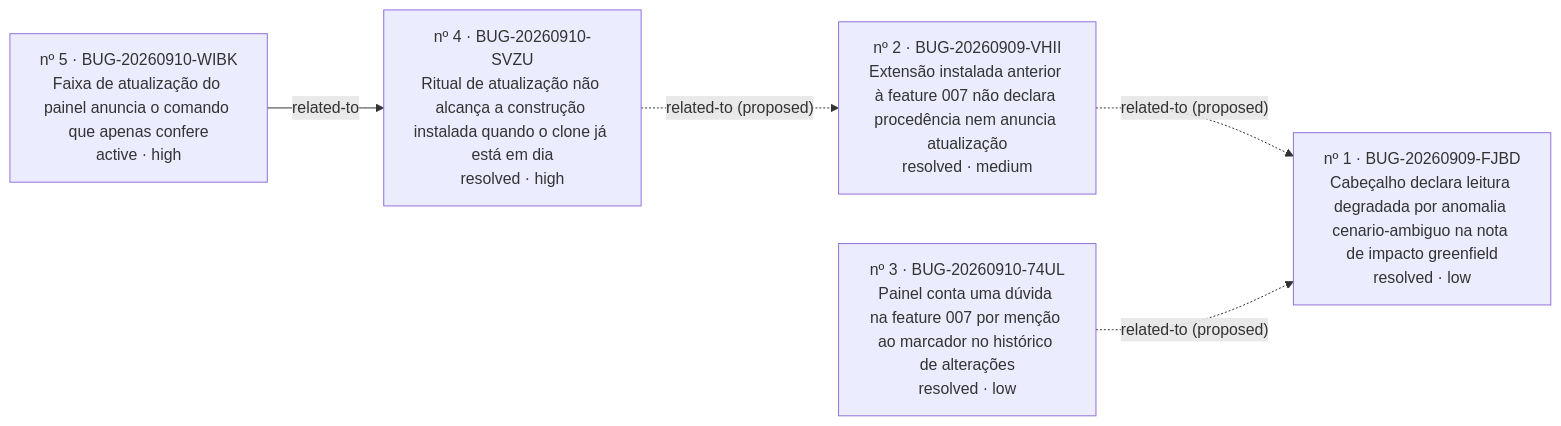
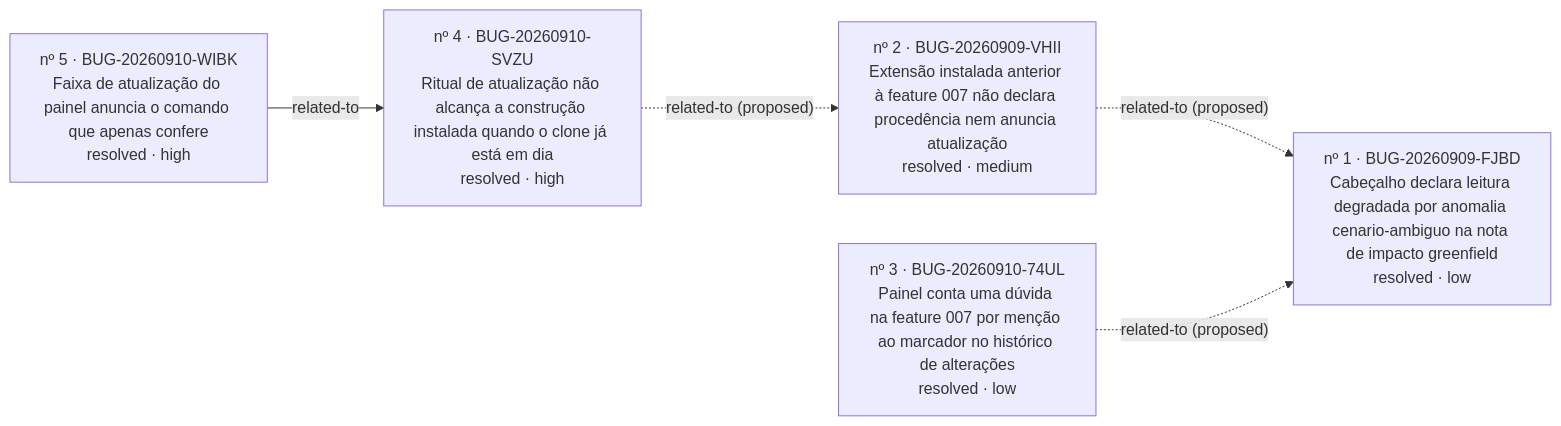
One commit to iago-leal/reversa-views changed the diagram in _reversa_bugs/painel-do-processo/generated/graph.md. Above: the diagram before and after it, drawn with Mermaid. The commit also changed other lines of this file and 10 other files, not shown here.

````diff
--- a/_reversa_bugs/painel-do-processo/generated/graph.md
+++ b/_reversa_bugs/painel-do-processo/generated/graph.md
@@ -4,12 +4,12 @@
 ```mermaid
 graph LR
   BUG_20260909_FJBD["nº 1 · BUG-20260909-FJBD<br/>Cabeçalho declara leitura degradada por anomalia cenario-ambiguo na nota de impacto greenfield<br/>resolved · low"]
   BUG_20260909_VHII["nº 2 · BUG-20260909-VHII<br/>Extensão instalada anterior à feature 007 não declara procedência nem anuncia atualização<br/>resolved · medium"]
   BUG_20260910_74UL["nº 3 · BUG-20260910-74UL<br/>Painel conta uma dúvida na feature 007 por menção ao marcador no histórico de alterações<br/>resolved · low"]
   BUG_20260910_SVZU["nº 4 · BUG-20260910-SVZU<br/>Ritual de atualização não alcança a construção instalada quando o clone já está em dia<br/>resolved · high"]
-  BUG_20260910_WIBK["nº 5 · BUG-20260910-WIBK<br/>Faixa de atualização do painel anuncia o comando que apenas confere<br/>active · high"]
+  BUG_20260910_WIBK["nº 5 · BUG-20260910-WIBK<br/>Faixa de atualização do painel anuncia o comando que apenas confere<br/>resolved · high"]
   BUG_20260909_VHII -. related-to (proposed) .-> BUG_20260909_FJBD
   BUG_20260910_74UL -. related-to (proposed) .-> BUG_20260909_FJBD
   BUG_20260910_SVZU -. related-to (proposed) .-> BUG_20260909_VHII
   BUG_20260910_WIBK -- related-to --> BUG_20260910_SVZU
 ```
````
